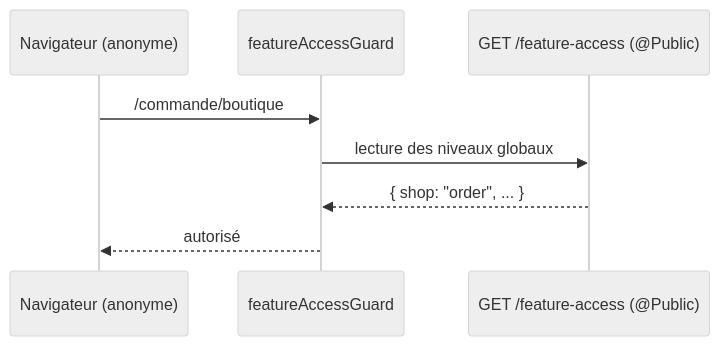
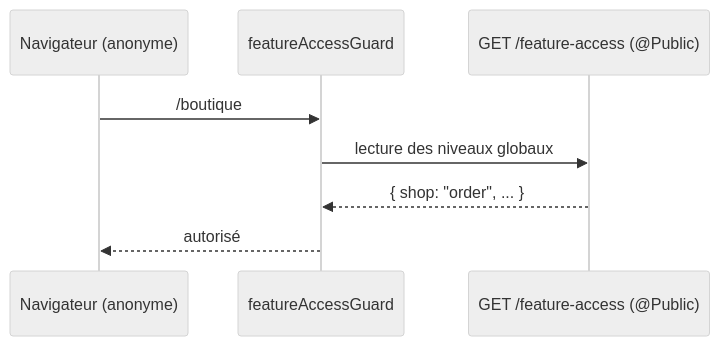
Before and after one commit to hugoheynard/lfd: the third of 4 diagrams in documentation/order/flux-de-commande.md, drawn with Mermaid (neutral theme). The commit also changed other lines of this file and 14 other files, not shown here.

````diff
--- a/documentation/order/flux-de-commande.md
+++ b/documentation/order/flux-de-commande.md
@@ -130,10 +141,10 @@
 ```mermaid
 sequenceDiagram
     participant N as Navigateur (anonyme)
     participant G as featureAccessGuard
     participant API as GET /feature-access (@Public)
-    N->>G: /commande/boutique
+    N->>G: /boutique
     G->>API: lecture des niveaux globaux
     API-->>G: { shop: "order", ... }
     G-->>N: autorisé
 ```
````
